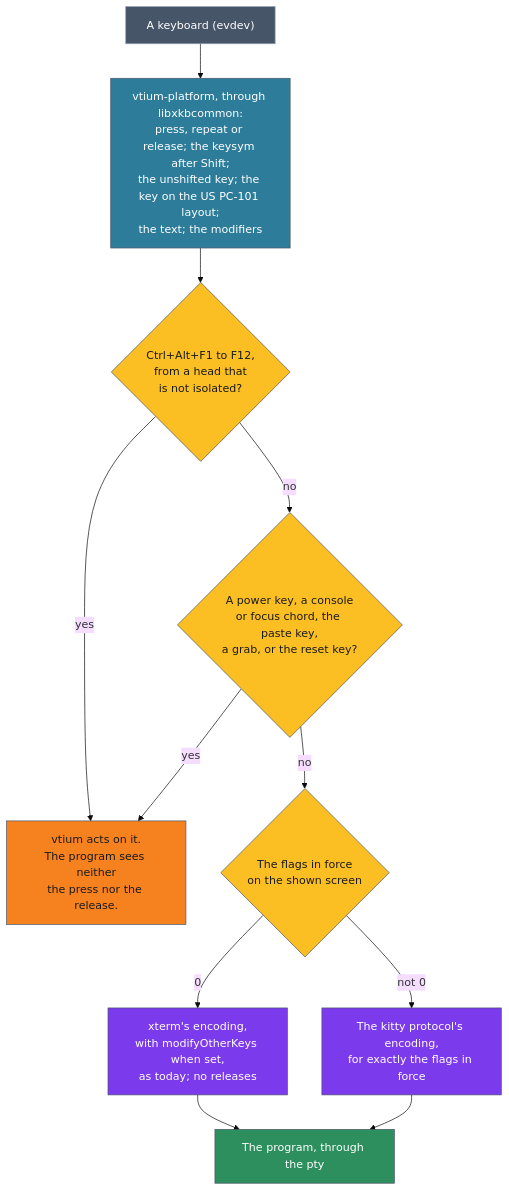
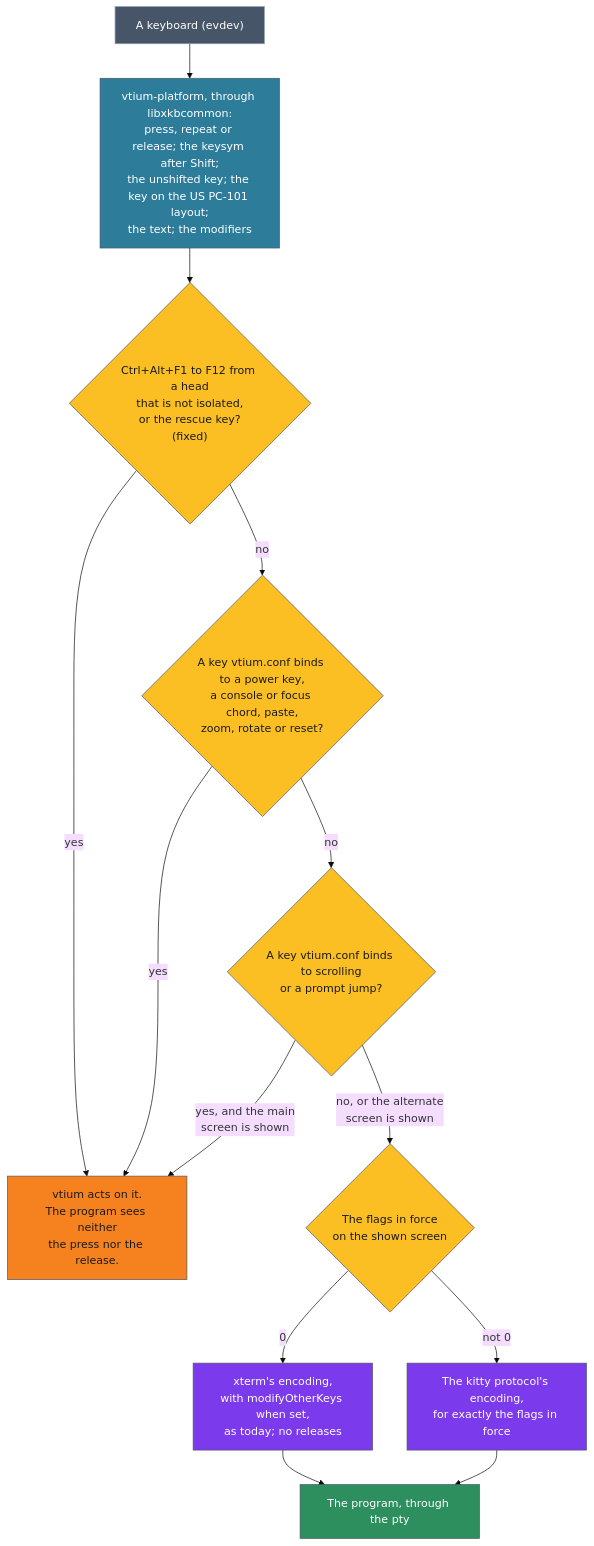
Before and after one commit to vtium/vtium: the diagram in docs/architecture/term/ADR-1005-the-kitty-keyboard-protocol-vtium-term-encodes-keys-by-a-stack-of-flags-for-each-screen-and-vtium-platform-reports-key-releases-and-each-key-s-other-forms.md, drawn with Mermaid (base theme). The commit also changed other lines of this file, not shown here.

````diff
--- a/docs/architecture/term/ADR-1005-the-kitty-keyboard-protocol-vtium-term-encodes-keys-by-a-stack-of-flags-for-each-screen-and-vtium-platform-reports-key-releases-and-each-key-s-other-forms.md
+++ b/docs/architecture/term/ADR-1005-the-kitty-keyboard-protocol-vtium-term-encodes-keys-by-a-stack-of-flags-for-each-screen-and-vtium-platform-reports-key-releases-and-each-key-s-other-forms.md
@@ -76,25 +133,27 @@
 ```mermaid
 flowchart TD
     DEV["A keyboard (evdev)"] --> PLAT["vtium-platform, through libxkbcommon:<br>press, repeat or release; the keysym after Shift;<br>the unshifted key; the key on the US PC-101 layout;<br>the text; the modifiers"]
-    PLAT --> VT{"Ctrl+Alt+F1 to F12,<br>from a head that<br>is not isolated?"}
+    PLAT --> VT{"Ctrl+Alt+F1 to F12 from a head<br>that is not isolated,<br>or the rescue key?<br>(fixed)"}
     VT -- "yes" --> TAKEN["vtium acts on it.<br>The program sees neither<br>the press nor the release."]
-    VT -- "no" --> POWER{"A power key, a console<br>or focus chord, the paste key,<br>a grab, or the reset key?"}
-    POWER -- "yes" --> TAKEN
-    POWER -- "no" --> FLAGS{"The flags in force<br>on the shown screen"}
+    VT -- "no" --> BOTH{"A key vtium.conf binds to a power key,<br>a console or focus chord, paste,<br>zoom, rotate or reset?"}
+    BOTH -- "yes" --> TAKEN
+    BOTH -- "no" --> MAIN{"A key vtium.conf binds to scrolling<br>or a prompt jump?"}
+    MAIN -- "yes, and the main<br>screen is shown" --> TAKEN
+    MAIN -- "no, or the alternate<br>screen is shown" --> FLAGS{"The flags in force<br>on the shown screen"}
     FLAGS -- "0" --> XTERM["xterm's encoding,<br>with modifyOtherKeys when set,<br>as today; no releases"]
     FLAGS -- "not 0" --> KITTY["The kitty protocol's encoding,<br>for exactly the flags in force"]
     XTERM --> PTY["The program, through the pty"]
     KITTY --> PTY
     classDef dev fill:#475569,stroke:#94a3b8,color:#ffffff
     classDef plat fill:#2d7d9a,stroke:#4a5568,color:#ffffff
     classDef ask fill:#fbbf24,stroke:#4a5568,color:#1a1a1a
     classDef vtium fill:#f6821f,stroke:#4a5568,color:#1a1a1a
     classDef enc fill:#7c3aed,stroke:#4a5568,color:#ffffff
     classDef out fill:#2d8e5e,stroke:#4a5568,color:#ffffff
     class DEV dev
     class PLAT plat
-    class VT,POWER,FLAGS ask
+    class VT,BOTH,MAIN,FLAGS ask
     class TAKEN vtium
     class XTERM,KITTY enc
     class PTY out
 ```
````
